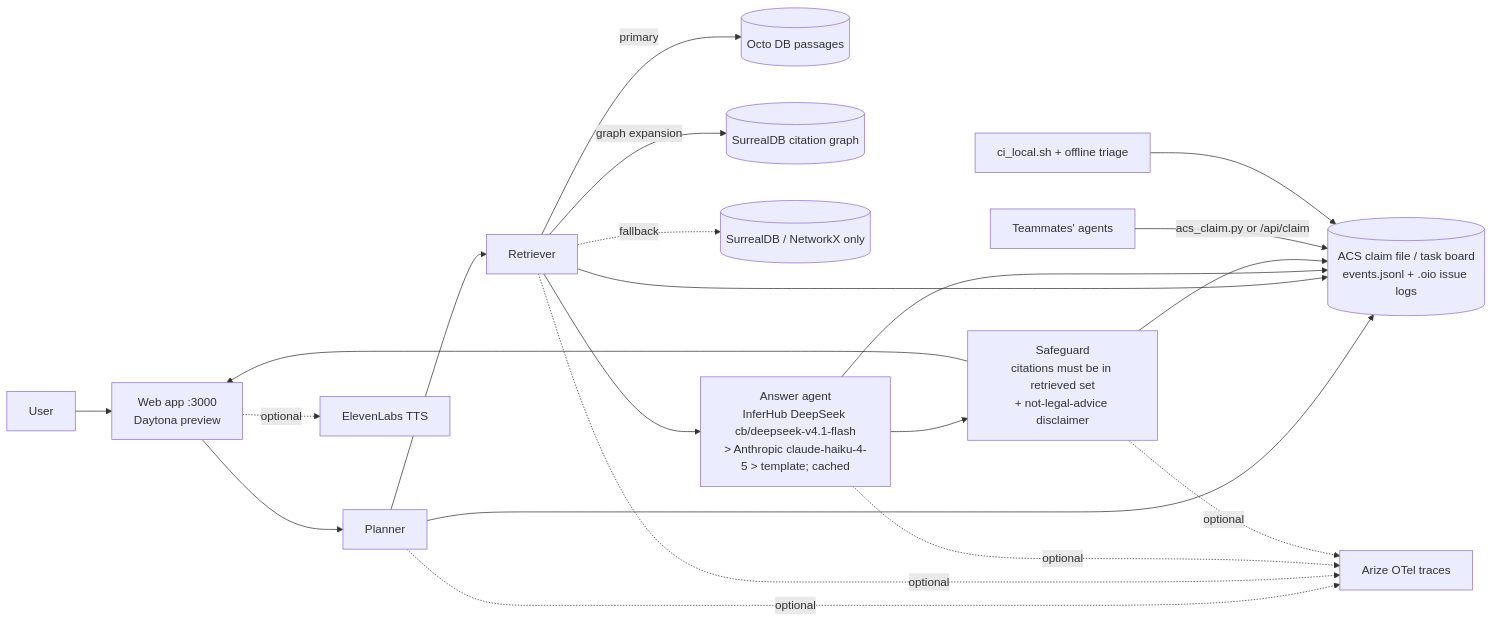
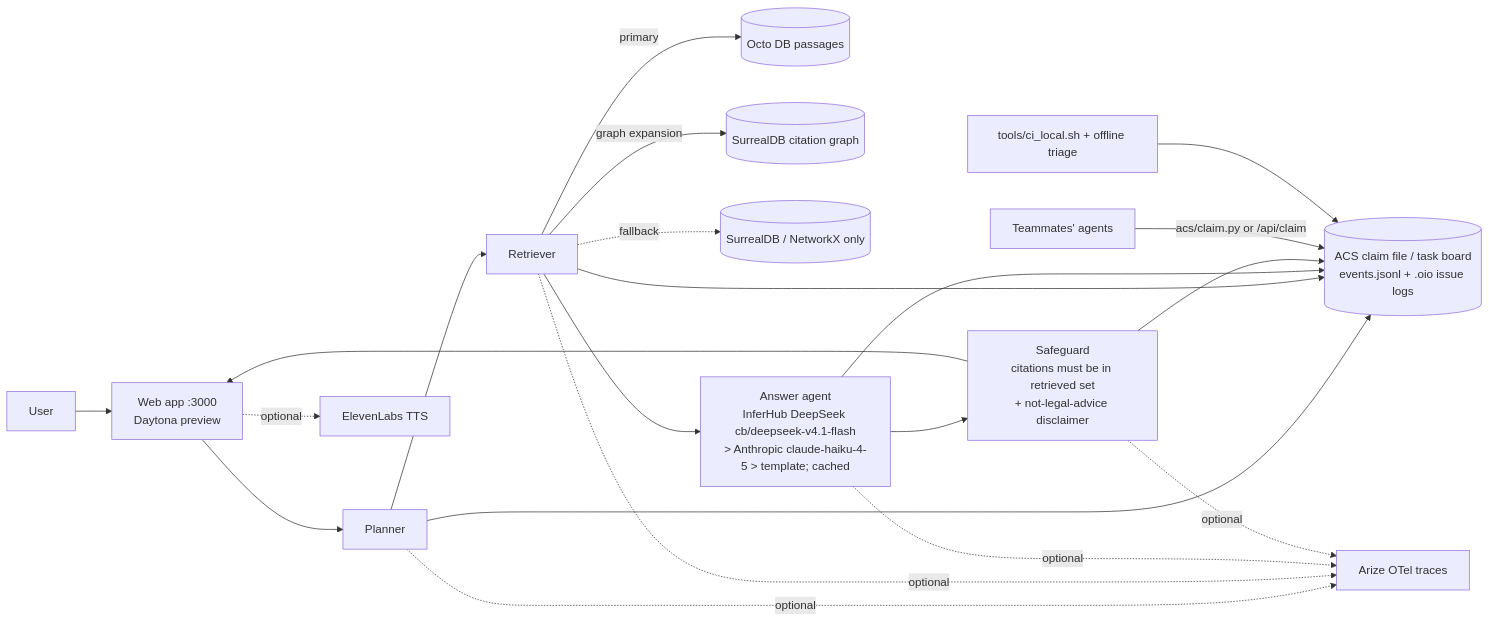
One commit to Pukujan-lab/arize-ai-hackersprint changed the diagram in docs/PLAN.md. Above: the diagram before and after it, drawn with Mermaid. The commit also changed other lines of this file and 31 other files, not shown here.

````diff
--- a/docs/PLAN.md
+++ b/docs/PLAN.md
@@ -17,17 +17,17 @@
 ```mermaid
 flowchart LR
   U[User] --> W[Web app :3000<br/>Daytona preview]
   W --> P[Planner]
   P --> R[Retriever]
   R -->|primary| O[(Octo DB passages)]
   R -->|graph expansion| S[(SurrealDB citation graph)]
   R -.fallback.-> F[(SurrealDB / NetworkX only)]
   R --> A[Answer agent<br/>InferHub DeepSeek cb/deepseek-v4.1-flash<br/>> Anthropic claude-haiku-4-5 > template; cached]
   A --> G[Safeguard<br/>citations must be in retrieved set<br/>+ not-legal-advice disclaimer]
   G --> W
   W -.optional.-> T[ElevenLabs TTS]
   P & R & A & G --> C[(ACS claim file / task board<br/>events.jsonl + .oio issue logs)]
-  TM[Teammates' agents] -->|acs_claim.py or /api/claim| C
-  CI[ci_local.sh + offline triage] --> C
+  TM[Teammates' agents] -->|acs/claim.py or /api/claim| C
+  CI[tools/ci_local.sh + offline triage] --> C
   P & R & A & G -.optional.-> AZ[Arize OTel traces]
 ```
````
